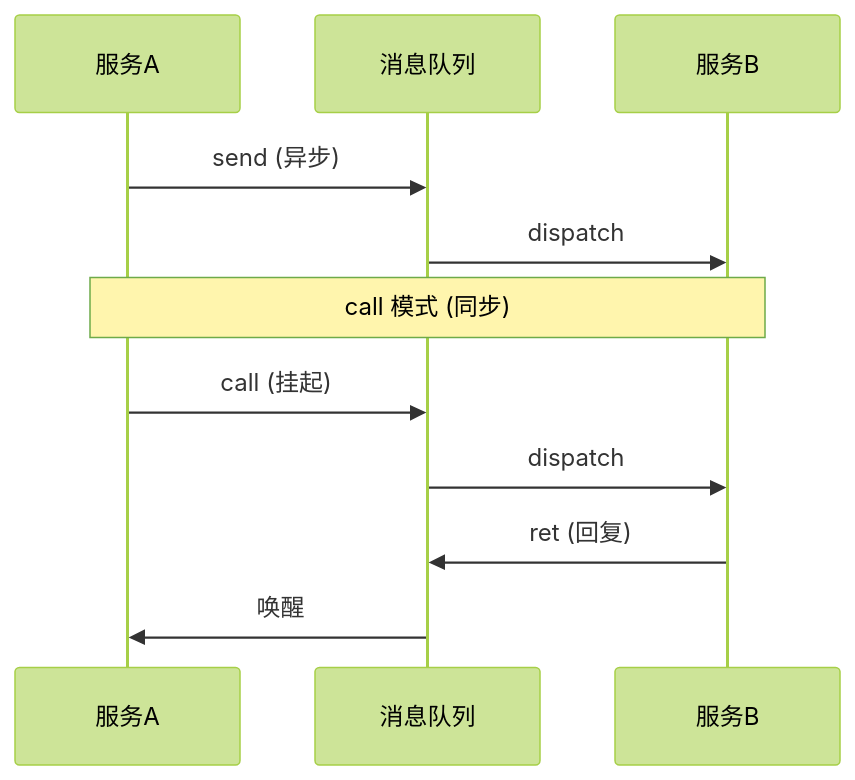
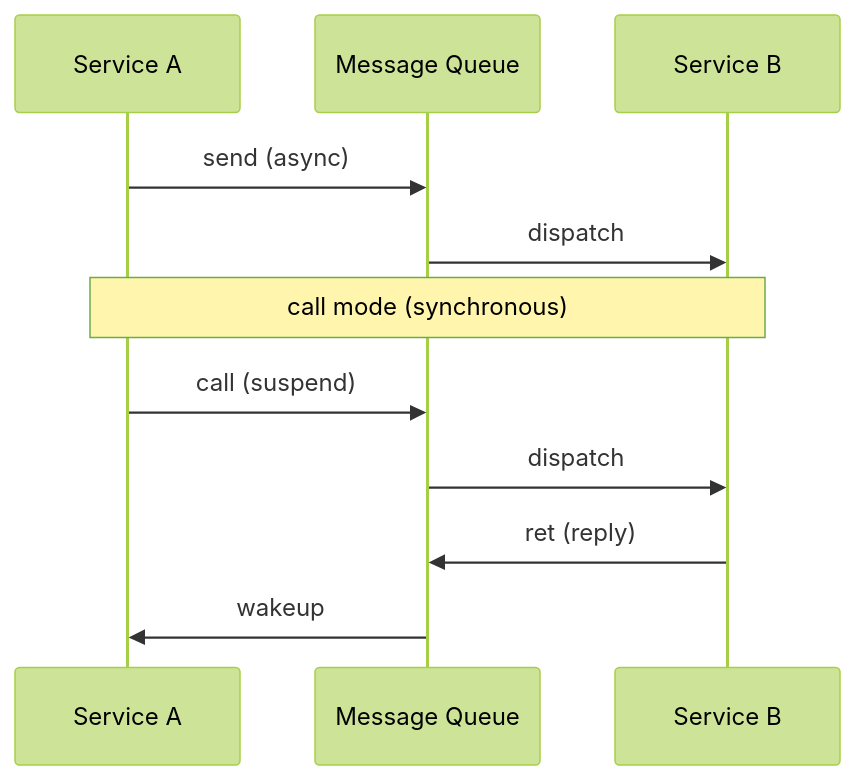
The second of 4 diagrams in docs/architecture/message-driven.md (cuihairu/skynet), drawn with Mermaid (forest theme) before and after one commit. The commit also changed other lines of this file and 86 other files, not shown here.

````diff
--- a/docs/architecture/message-driven.md
+++ b/docs/architecture/message-driven.md
@@ -56,15 +56,15 @@
 ```mermaid
 sequenceDiagram
-    participant 服务A
-    participant 消息队列
-    participant 服务B
+    participant ServiceA as Service A
+    participant MQ as Message Queue
+    participant ServiceB as Service B
     
-    服务A->>消息队列: send (异步)
-    消息队列->>服务B: dispatch
+    ServiceA->>MQ: send (async)
+    MQ->>ServiceB: dispatch
     
-    Note over 服务A,服务B: call 模式 (同步)
-    服务A->>消息队列: call (挂起)
-    消息队列->>服务B: dispatch
-    服务B->>消息队列: ret (回复)
-    消息队列->>服务A: 唤醒
+    Note over ServiceA,ServiceB: call mode (synchronous)
+    ServiceA->>MQ: call (suspend)
+    MQ->>ServiceB: dispatch
+    ServiceB->>MQ: ret (reply)
+    MQ->>ServiceA: wakeup
 ```
````
